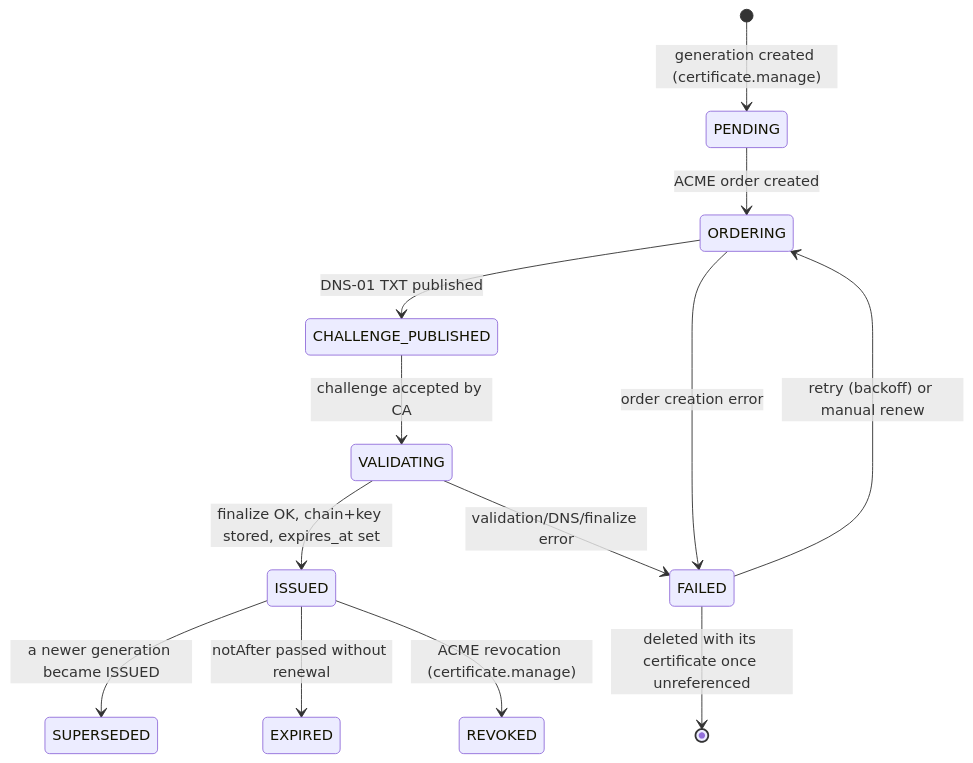
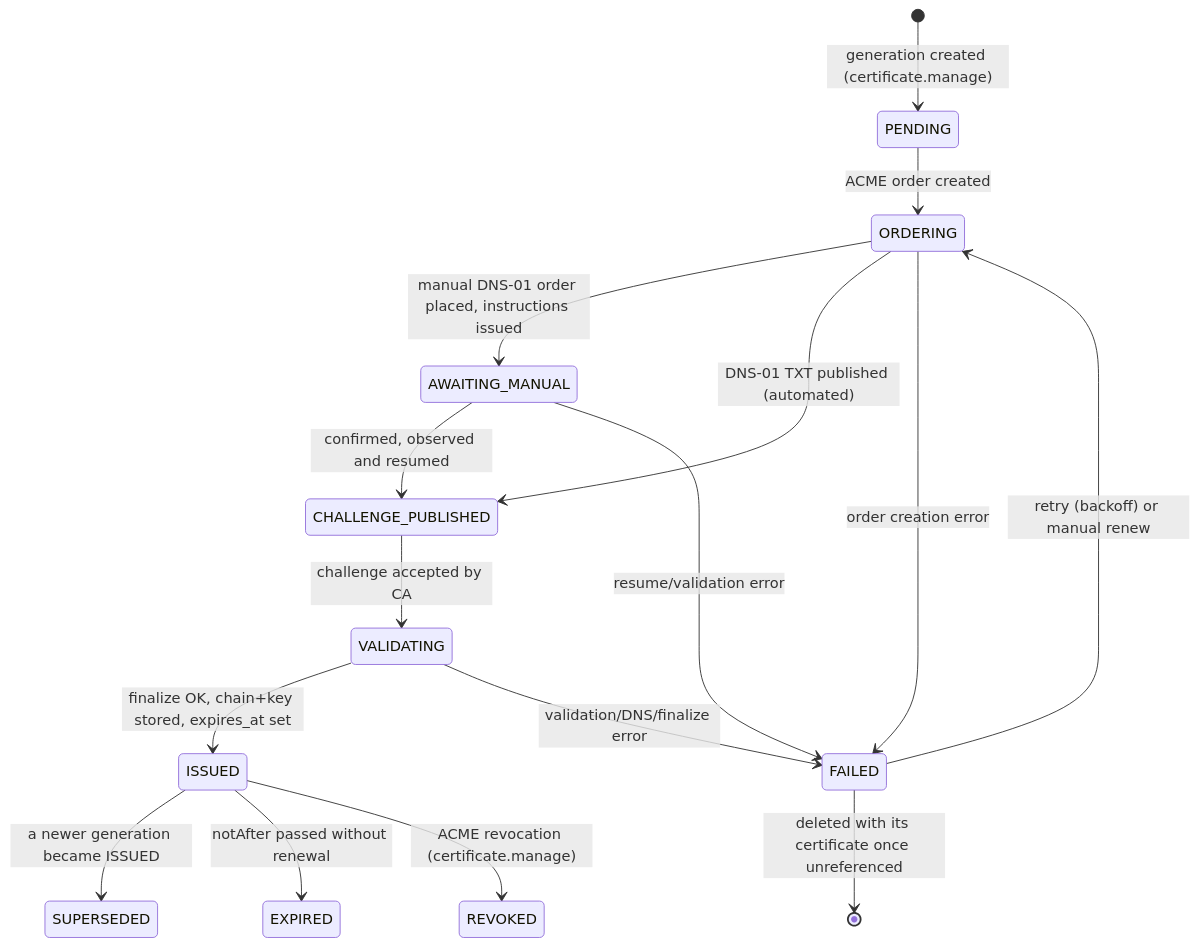
The first of 2 diagrams in docs/certificate-management.md (emad60/nexusops), drawn with Mermaid before and after one commit. The commit also changed other lines of this file and 26 other files, not shown here.

First line of the commit message:
feat: Phase 5.3.2 — manual DNS-01, verified end to end against Pebble

````diff
--- a/docs/certificate-management.md
+++ b/docs/certificate-management.md
@@ -219,15 +234,18 @@
 ```mermaid
 stateDiagram-v2
     [*] --> PENDING: generation created (certificate.manage)
     PENDING --> ORDERING: ACME order created
-    ORDERING --> CHALLENGE_PUBLISHED: DNS-01 TXT published
+    ORDERING --> AWAITING_MANUAL: manual DNS-01 order placed, instructions issued
+    AWAITING_MANUAL --> CHALLENGE_PUBLISHED: confirmed, observed and resumed
+    AWAITING_MANUAL --> FAILED: resume/validation error
+    ORDERING --> CHALLENGE_PUBLISHED: DNS-01 TXT published (automated)
     CHALLENGE_PUBLISHED --> VALIDATING: challenge accepted by CA
     VALIDATING --> ISSUED: finalize OK, chain+key stored, expires_at set
     VALIDATING --> FAILED: validation/DNS/finalize error
     ORDERING --> FAILED: order creation error
     FAILED --> ORDERING: retry (backoff) or manual renew
     ISSUED --> SUPERSEDED: a newer generation became ISSUED
     ISSUED --> EXPIRED: notAfter passed without renewal
     ISSUED --> REVOKED: ACME revocation (certificate.manage)
     FAILED --> [*]: deleted with its certificate once unreferenced
 ```
````
